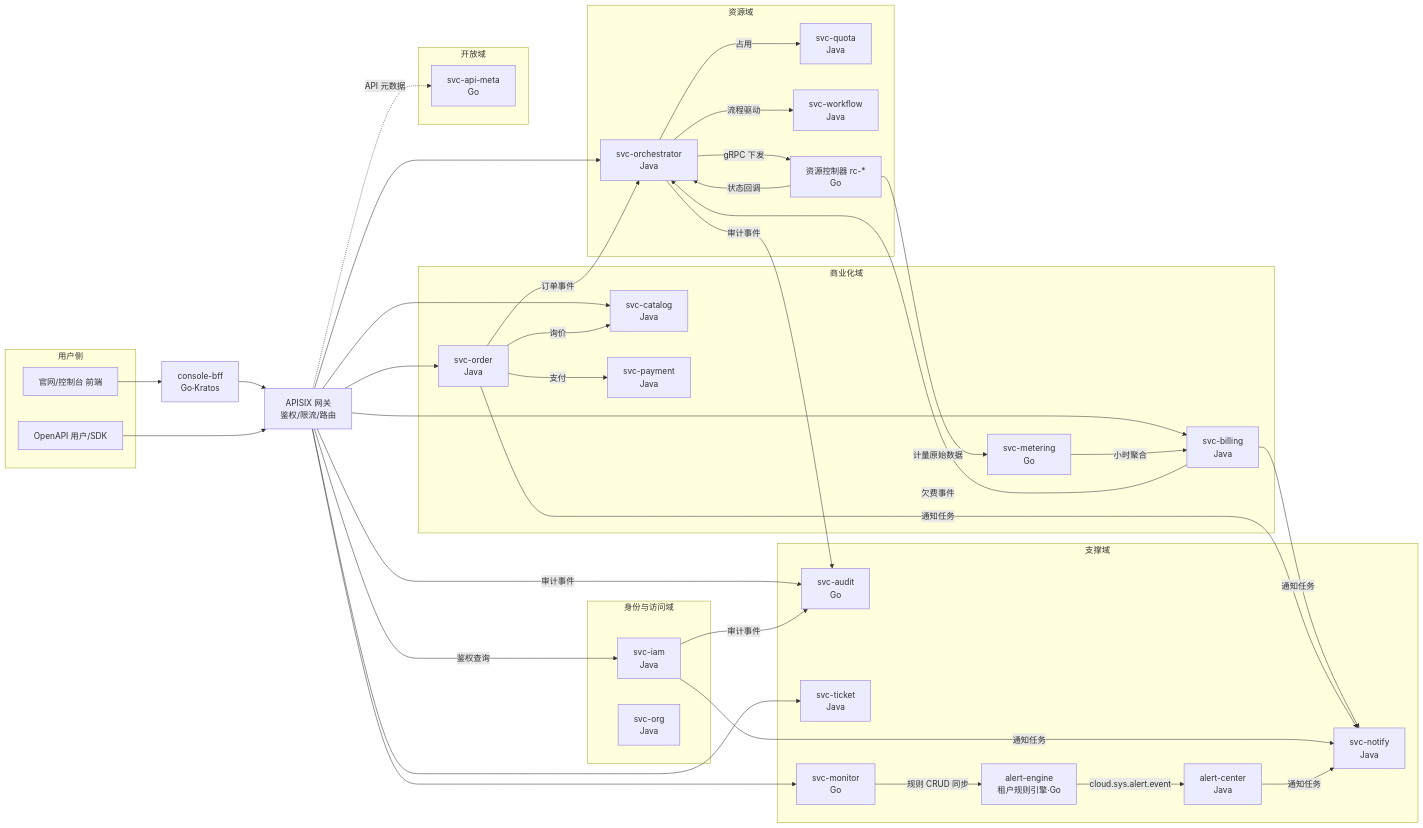
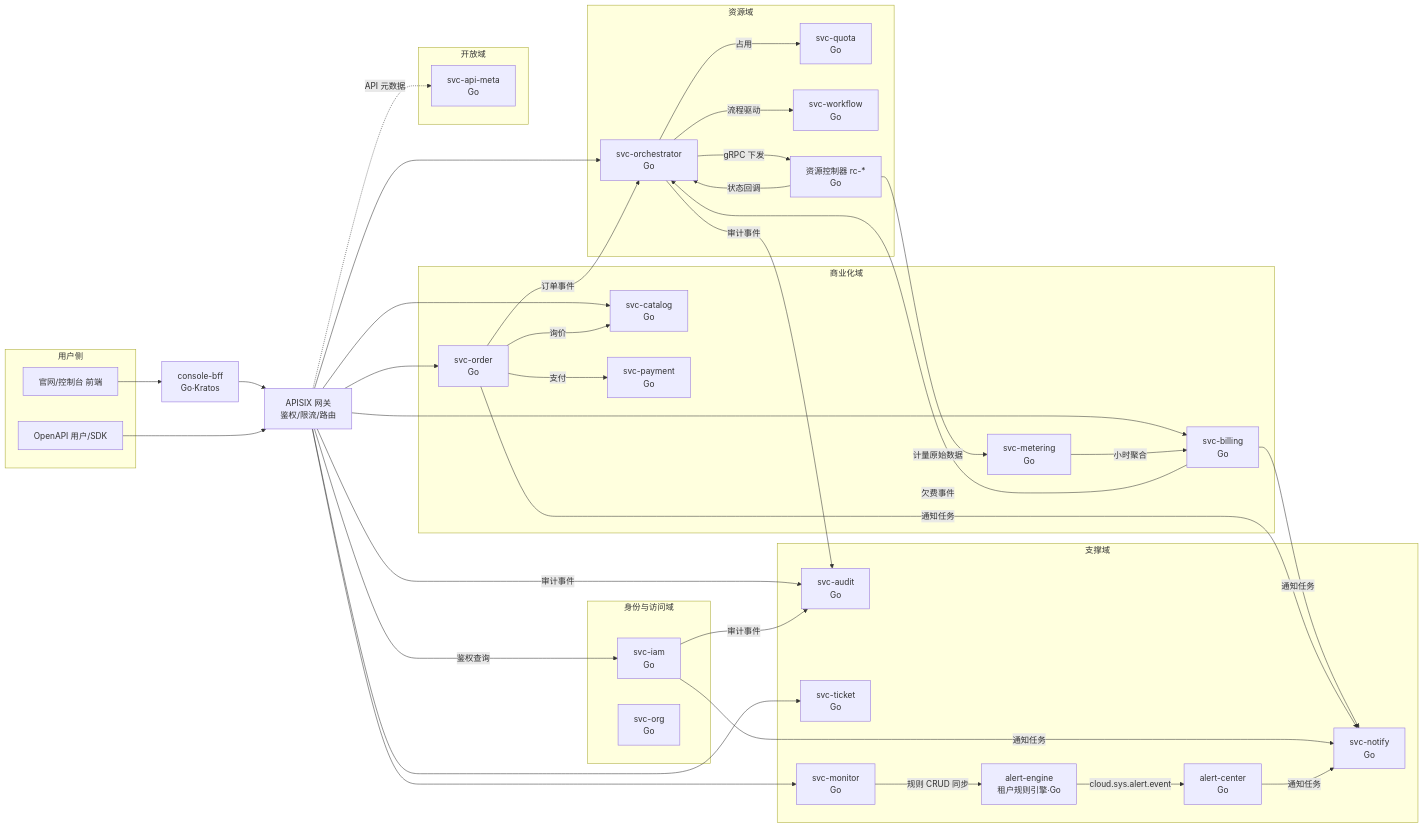
One commit to qifalab/euler-platform changed the first of 7 diagrams in docs/architecture/03-backend-services.md. Above: the diagram before and after it, drawn with Mermaid. The commit also changed other lines of this file and 318 other files, not shown here.

````diff
--- a/docs/architecture/03-backend-services.md
+++ b/docs/architecture/03-backend-services.md
@@ -152,64 +148,64 @@
 ```mermaid
 flowchart LR
     subgraph 用户侧
         WEB[官网/控制台 前端]
         SDK[OpenAPI 用户/SDK]
     end
 
     APISIX[APISIX 网关<br/>鉴权/限流/路由]
     BFF[console-bff<br/>Go·Kratos]
 
     subgraph 身份与访问域
-        IAM[svc-iam<br/>Java]
-        ORG[svc-org<br/>Java]
+        IAM[svc-iam<br/>Go]
+        ORG[svc-org<br/>Go]
     end
 
     subgraph 商业化域
-        CATALOG[svc-catalog<br/>Java]
-        ORDER[svc-order<br/>Java]
-        PAY[svc-payment<br/>Java]
-        BILLING[svc-billing<br/>Java]
+        CATALOG[svc-catalog<br/>Go]
+        ORDER[svc-order<br/>Go]
+        PAY[svc-payment<br/>Go]
+        BILLING[svc-billing<br/>Go]
         METERING[svc-metering<br/>Go]
     end
 
     subgraph 资源域
-        ORCH[svc-orchestrator<br/>Java]
-        QUOTA[svc-quota<br/>Java]
-        WORKFLOW[svc-workflow<br/>Java]
+        ORCH[svc-orchestrator<br/>Go]
+        QUOTA[svc-quota<br/>Go]
+        WORKFLOW[svc-workflow<br/>Go]
         RC[资源控制器 rc-*<br/>Go]
     end
 
     subgraph 支撑域
-        NOTIFY[svc-notify<br/>Java]
+        NOTIFY[svc-notify<br/>Go]
         AUDIT[svc-audit<br/>Go]
-        TICKET[svc-ticket<br/>Java]
+        TICKET[svc-ticket<br/>Go]
         MONITOR[svc-monitor<br/>Go]
         ALERTENG[alert-engine<br/>租户规则引擎·Go]
-        ALERTC[alert-center<br/>Java]
+        ALERTC[alert-center<br/>Go]
     end
 
     subgraph 开放域
         APIMETA[svc-api-meta<br/>Go]
     end
 
     WEB --> BFF --> APISIX
     SDK --> APISIX
     APISIX -->|鉴权查询| IAM
     APISIX --> CATALOG & ORDER & BILLING & ORCH & MONITOR & TICKET
     ORDER -->|询价| CATALOG
     ORDER -->|支付| PAY
     ORDER -->|订单事件| ORCH
     ORCH -->|占用| QUOTA
     ORCH -->|流程驱动| WORKFLOW
     ORCH -->|gRPC 下发| RC
     RC -->|状态回调| ORCH
     RC -->|计量原始数据| METERING
     METERING -->|小时聚合| BILLING
     BILLING -->|欠费事件| ORCH
     BILLING & ORDER & IAM -->|通知任务| NOTIFY
     MONITOR -->|规则 CRUD 同步| ALERTENG
     ALERTENG -->|cloud.sys.alert.event| ALERTC
     ALERTC -->|通知任务| NOTIFY
     APISIX & ORCH & IAM -->|审计事件| AUDIT
     APISIX -.->|API 元数据| APIMETA
 ```
````
